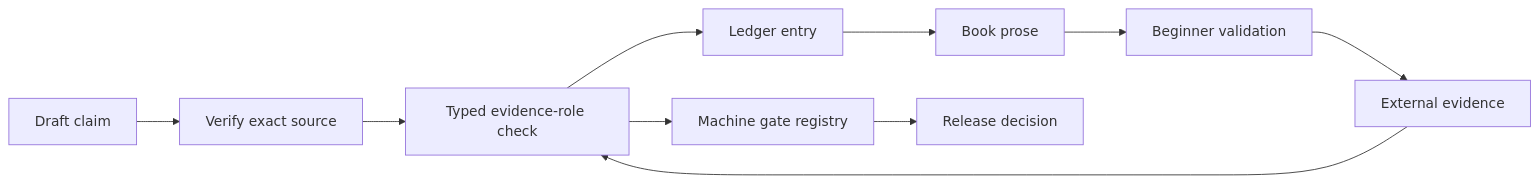
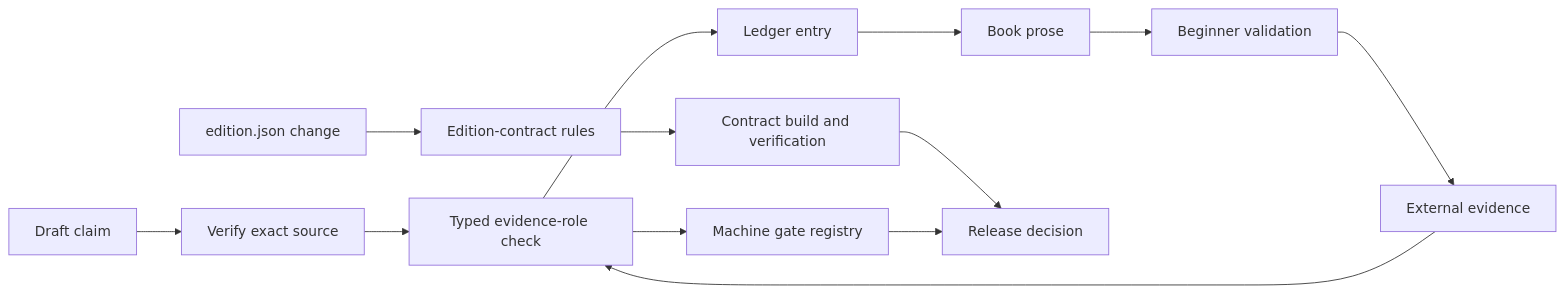
One commit to streamentry/streamentry changed the first of 3 diagrams in book/references/AGENTS.md. Above: the diagram before and after it, drawn with Mermaid. The commit also changed other lines of this file and 30 other files, not shown here.

Commit message:
Centralize edition and locale publication contract

````diff
--- a/book/references/AGENTS.md
+++ b/book/references/AGENTS.md
@@ -39,9 +40,12 @@
 ```mermaid
 flowchart LR
+  EC["edition.json change"] --> ER["Edition-contract rules"]
+  ER --> BV["Contract build and verification"]
   C["Draft claim"] --> V["Verify exact source"] --> T["Assign tier"] --> L["Ledger entry"] --> B["Book prose"]
   B --> U["Beginner validation"]
   U --> E["External evidence"]
   E --> T["Typed evidence-role check"]
   T --> G["Machine gate registry"]
+  BV --> R
   G --> R["Release decision"]
 ```
````
